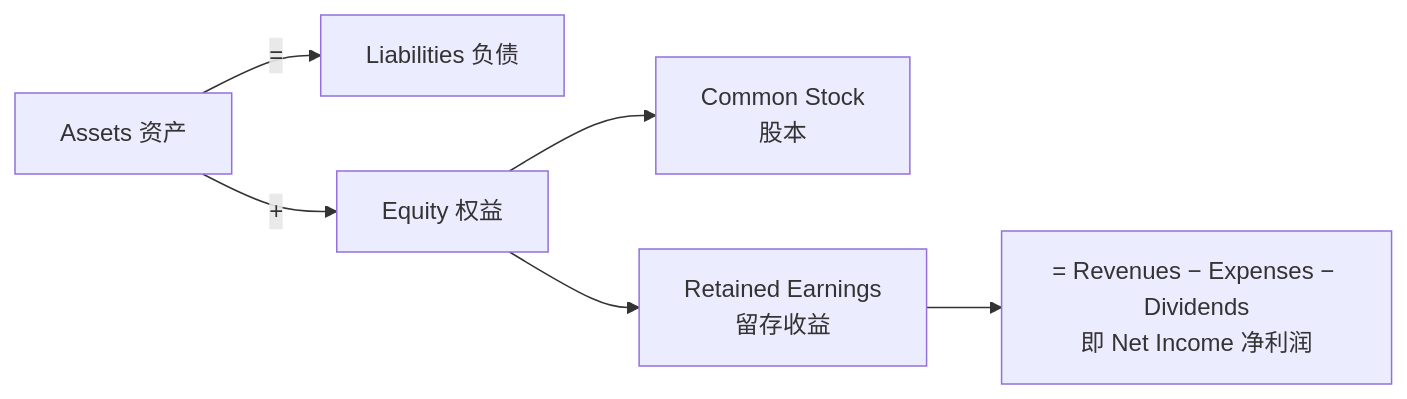
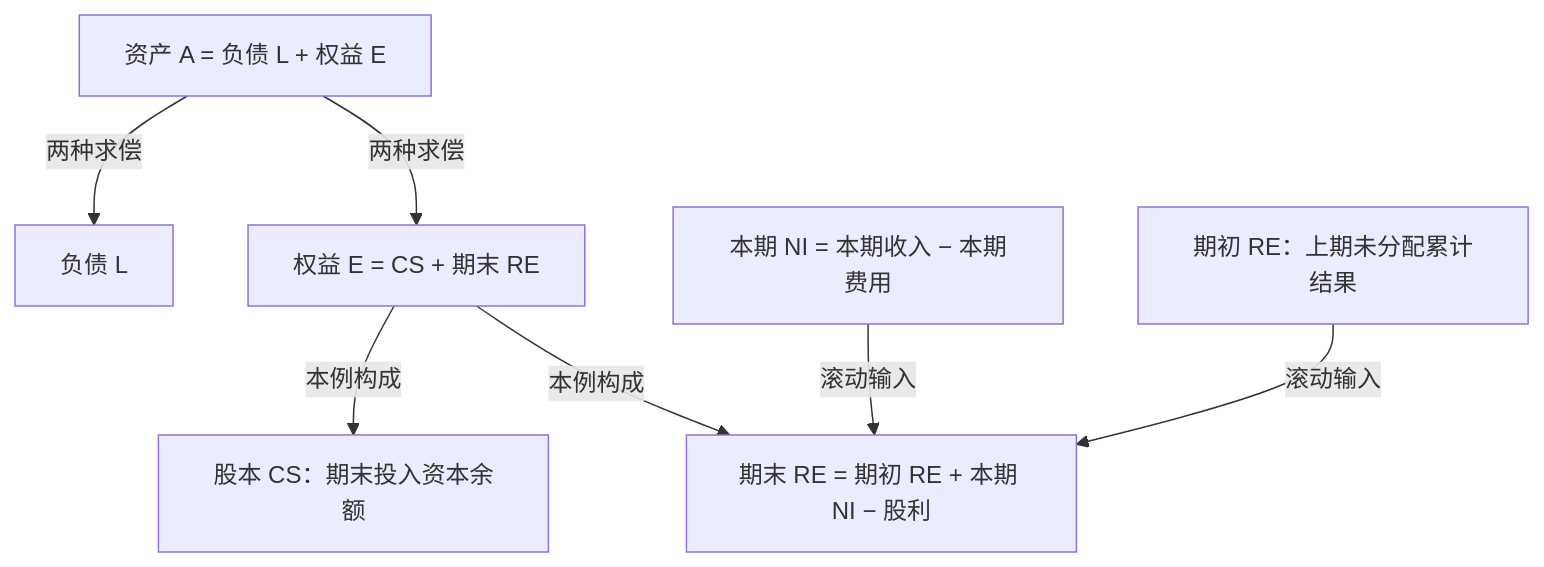
Before and after one commit to CercaTrovato/cityu-ai-course-notes: the fifth of 10 diagrams in AC6761_Artificial_Intelligence_Accounting/notes/M01-会计与商业.md, drawn with Mermaid. The commit also changed other lines of this file and 116 other files, not shown here.

````diff
--- a/AC6761_Artificial_Intelligence_Accounting/notes/M01-会计与商业.md
+++ b/AC6761_Artificial_Intelligence_Accounting/notes/M01-会计与商业.md
@@ -892,8 +1086,9 @@
 ```mermaid
-flowchart LR
-    A["Assets 资产"] -->|"="| L["Liabilities 负债"]
-    A -->|"+"| E["Equity 权益"]
-    E --> CS["Common Stock<br/>股本"]
-    E --> RE["Retained Earnings<br/>留存收益"]
-    RE --> NI["= Revenues − Expenses − Dividends<br/>即 Net Income 净利润"]
+flowchart TD
+ A["资产 A = 负债 L + 权益 E"] -->|两种求偿| L["负债 L"]
+ A -->|两种求偿| E["权益 E = CS + 期末 RE"]
+ E -->|本例构成| CS["股本 CS：期末投入资本余额"]
+ E -->|本例构成| RE["期末 RE = 期初 RE + 本期 NI − 股利"]
+ R["本期 NI = 本期收入 − 本期费用"] -->|滚动输入| RE
+ B["期初 RE：上期未分配累计结果"] -->|滚动输入| RE
 ```
````
